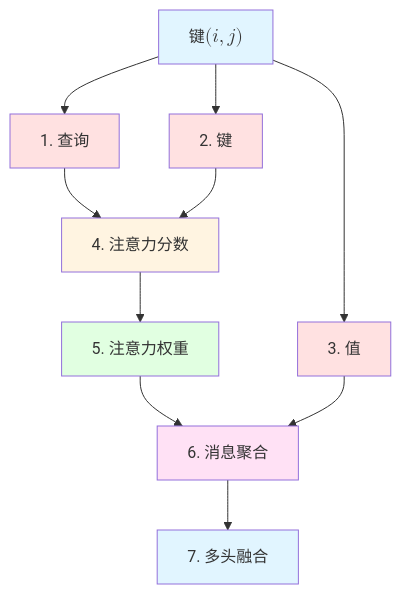
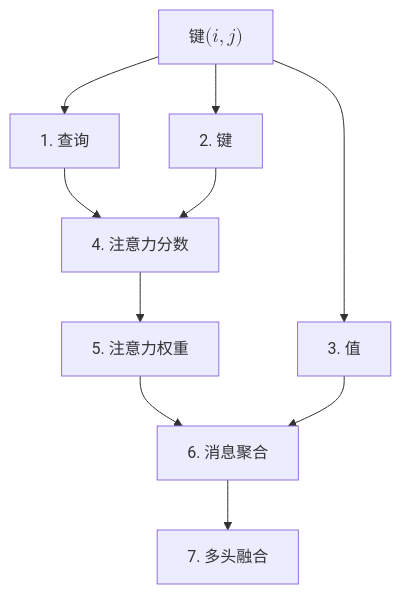
The fourth of 5 diagrams in architecture.md (virtualguard101/flash_dock), drawn with Mermaid before and after one commit. The commit also changed other lines of this file, not shown here.

Commit message:
docs: update architecture

````diff
--- a/architecture.md
+++ b/architecture.md
@@ -470,22 +453,13 @@
 ```mermaid
 flowchart TB
     A["键 $$(i, j)$$"] --> B["1. 查询"]
     A --> C["2. 键"]
     A --> D["3. 值"]
     
     B --> E["4. 注意力分数"]
     C --> E
     E --> F["5. 注意力权重"]
     F --> G["6. 消息聚合"]
     D --> G
     G --> H["7. 多头融合"]
-    
-    style A fill:#e1f5ff
-    style B fill:#ffe1e1
-    style C fill:#ffe1e1
-    style D fill:#ffe1e1
-    style E fill:#fff4e1
-    style F fill:#e1ffe1
-    style G fill:#ffe1f5
-    style H fill:#e1f5ff
 ```
````
